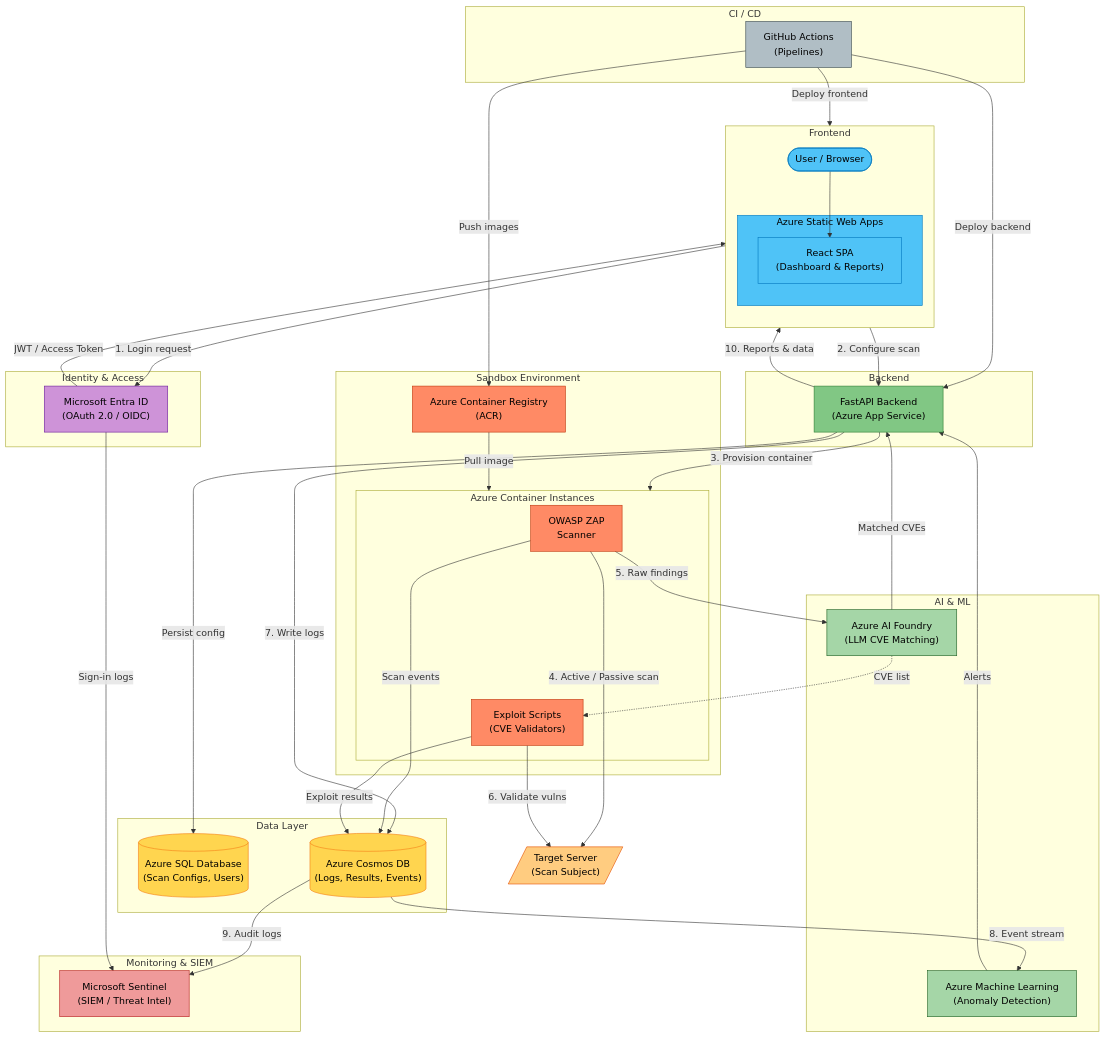
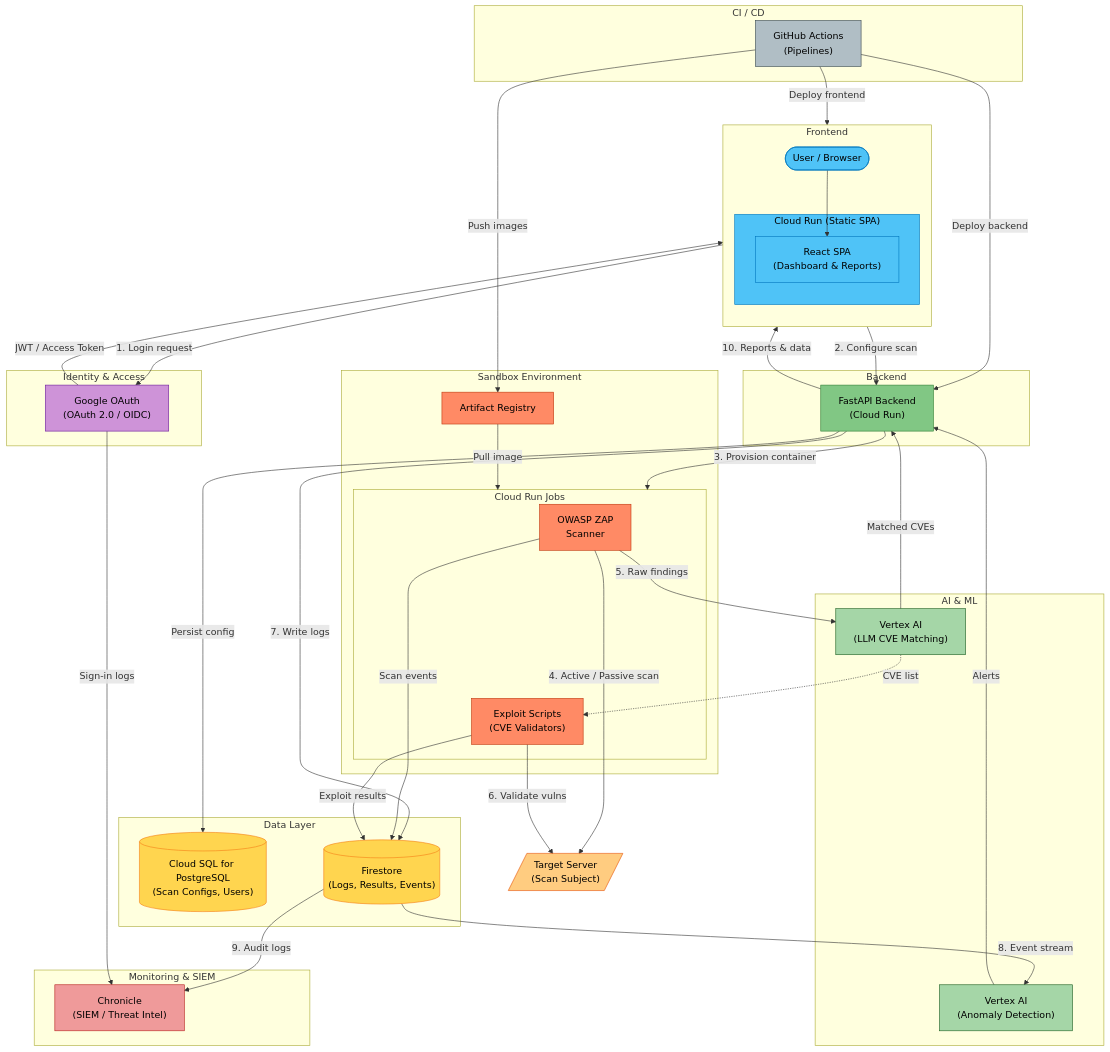
Before and after one commit to Tomer-Raz/cyber-sandbox-hit: the first of 2 diagrams in architecture.md, drawn with Mermaid. The commit also changed other lines of this file and 41 other files, not shown here.

````diff
--- a/architecture.md
+++ b/architecture.md
@@ -10,7 +10,7 @@
     subgraph FRONTEND["Frontend"]
         direction TB
         USER(["User / Browser"])
-        subgraph SWA["Azure Static Web Apps"]
+        subgraph HOSTING["Cloud Run (Static SPA)"]
             REACT["React SPA<br/>(Dashboard & Reports)"]
         end
         USER --> REACT
@@ -20,30 +20,30 @@
     %% IDENTITY
     %% ───────────────────────────────────────────────
     subgraph IDENTITY["Identity & Access"]
-        ENTRA["Microsoft Entra ID<br/>(OAuth 2.0 / OIDC)"]
+        GAUTH["Google OAuth<br/>(OAuth 2.0 / OIDC)"]
     end
 
     %% ───────────────────────────────────────────────
     %% BACKEND
     %% ───────────────────────────────────────────────
     subgraph BACKEND["Backend"]
-        FASTAPI["FastAPI Backend<br/>(Azure App Service)"]
+        FASTAPI["FastAPI Backend<br/>(Cloud Run)"]
     end
 
     %% ───────────────────────────────────────────────
     %% DATA
     %% ───────────────────────────────────────────────
     subgraph DATA["Data Layer"]
-        SQLDB[("Azure SQL Database<br/>(Scan Configs, Users)")]
-        COSMOS[("Azure Cosmos DB<br/>(Logs, Results, Events)")]
+        SQLDB[("Cloud SQL for PostgreSQL<br/>(Scan Configs, Users)")]
+        FIRESTORE[("Firestore<br/>(Logs, Results, Events)")]
     end
 
     %% ───────────────────────────────────────────────
     %% SANDBOX
     %% ───────────────────────────────────────────────
     subgraph SANDBOX["Sandbox Environment"]
-        ACR["Azure Container Registry<br/>(ACR)"]
-        subgraph ACI["Azure Container Instances"]
+        REGISTRY["Artifact Registry"]
+        subgraph RUNJOB["Cloud Run Jobs"]
             ZAP["OWASP ZAP<br/>Scanner"]
             EXPLOIT["Exploit Scripts<br/>(CVE Validators)"]
         end
@@ -58,15 +58,15 @@
     %% AI / ML
     %% ───────────────────────────────────────────────
     subgraph AIML["AI & ML"]
-        FOUNDRY["Azure AI Foundry<br/>(LLM CVE Matching)"]
-        AZUREML["Azure Machine Learning<br/>(Anomaly Detection)"]
+        VERTEXLLM["Vertex AI<br/>(LLM CVE Matching)"]
+        VERTEXML["Vertex AI<br/>(Anomaly Detection)"]
     end
 
     %% ───────────────────────────────────────────────
     %% MONITORING
     %% ───────────────────────────────────────────────
     subgraph MONITORING["Monitoring & SIEM"]
-        SENTINEL["Microsoft Sentinel<br/>(SIEM / Threat Intel)"]
+        CHRONICLE["Chronicle<br/>(SIEM / Threat Intel)"]
     end
 
     %% ───────────────────────────────────────────────
@@ -81,48 +81,48 @@
     %% ═══════════════════════════════════════════════
 
     %% 1 - Authentication
-    REACT -- "1. Login request" --> ENTRA
-    ENTRA -- "JWT / Access Token" --> REACT
+    REACT -- "1. Login request" --> GAUTH
+    GAUTH -- "JWT / Access Token" --> REACT
 
     %% 2 - Scan configuration
     REACT -- "2. Configure scan" --> FASTAPI
     FASTAPI -- "Persist config" --> SQLDB
 
     %% 3 - Container provisioning
-    FASTAPI -- "3. Provision container" --> ACI
-    ACR -- "Pull image" --> ACI
+    FASTAPI -- "3. Provision container" --> RUNJOB
+    REGISTRY -- "Pull image" --> RUNJOB
 
     %% 4 - Scanning target
     ZAP -- "4. Active / Passive scan" --> TARGET
     EXPLOIT -- "6. Validate vulns" --> TARGET
 
     %% 5 - AI CVE matching
-    ZAP -- "5. Raw findings" --> FOUNDRY
-    FOUNDRY -- "Matched CVEs" --> FASTAPI
+    ZAP -- "5. Raw findings" --> VERTEXLLM
+    VERTEXLLM -- "Matched CVEs" --> FASTAPI
 
     %% 6 - Exploit validation (uses CVE results)
-    FOUNDRY -. "CVE list" .-> EXPLOIT
+    VERTEXLLM -. "CVE list" .-> EXPLOIT
 
     %% 7 - Logging
-    FASTAPI -- "7. Write logs" --> COSMOS
-    ZAP -- "Scan events" --> COSMOS
-    EXPLOIT -- "Exploit results" --> COSMOS
+    FASTAPI -- "7. Write logs" --> FIRESTORE
+    ZAP -- "Scan events" --> FIRESTORE
+    EXPLOIT -- "Exploit results" --> FIRESTORE
 
     %% 8 - Anomaly detection
-    COSMOS -- "8. Event stream" --> AZUREML
-    AZUREML -- "Alerts" --> FASTAPI
+    FIRESTORE -- "8. Event stream" --> VERTEXML
+    VERTEXML -- "Alerts" --> FASTAPI
 
     %% 9 - SIEM integration
-    COSMOS -- "9. Audit logs" --> SENTINEL
-    ENTRA -- "Sign-in logs" --> SENTINEL
+    FIRESTORE -- "9. Audit logs" --> CHRONICLE
+    GAUTH -- "Sign-in logs" --> CHRONICLE
 
     %% 10 - Reporting
     FASTAPI -- "10. Reports & data" --> REACT
 
     %% CI/CD deployments
     DEVOPS -- "Deploy backend" --> FASTAPI
-    DEVOPS -- "Deploy frontend" --> SWA
-    DEVOPS -- "Push images" --> ACR
+    DEVOPS -- "Deploy frontend" --> HOSTING
+    DEVOPS -- "Push images" --> REGISTRY
 
     %% ═══════════════════════════════════════════════
     %% STYLES
@@ -137,13 +137,13 @@
     classDef cicdStyle fill:#B0BEC5,stroke:#37474F,color:#000
     classDef targetStyle fill:#FFCC80,stroke:#E65100,color:#000
 
-    class USER,REACT,SWA frontendStyle
-    class ENTRA identityStyle
+    class USER,REACT,HOSTING frontendStyle
+    class GAUTH identityStyle
     class FASTAPI backendStyle
-    class SQLDB,COSMOS dataStyle
-    class ACR,ZAP,EXPLOIT sandboxStyle
-    class FOUNDRY,AZUREML aiStyle
-    class SENTINEL monitorStyle
+    class SQLDB,FIRESTORE dataStyle
+    class REGISTRY,ZAP,EXPLOIT sandboxStyle
+    class VERTEXLLM,VERTEXML aiStyle
+    class CHRONICLE monitorStyle
     class DEVOPS cicdStyle
     class TARGET targetStyle
 ```
````
